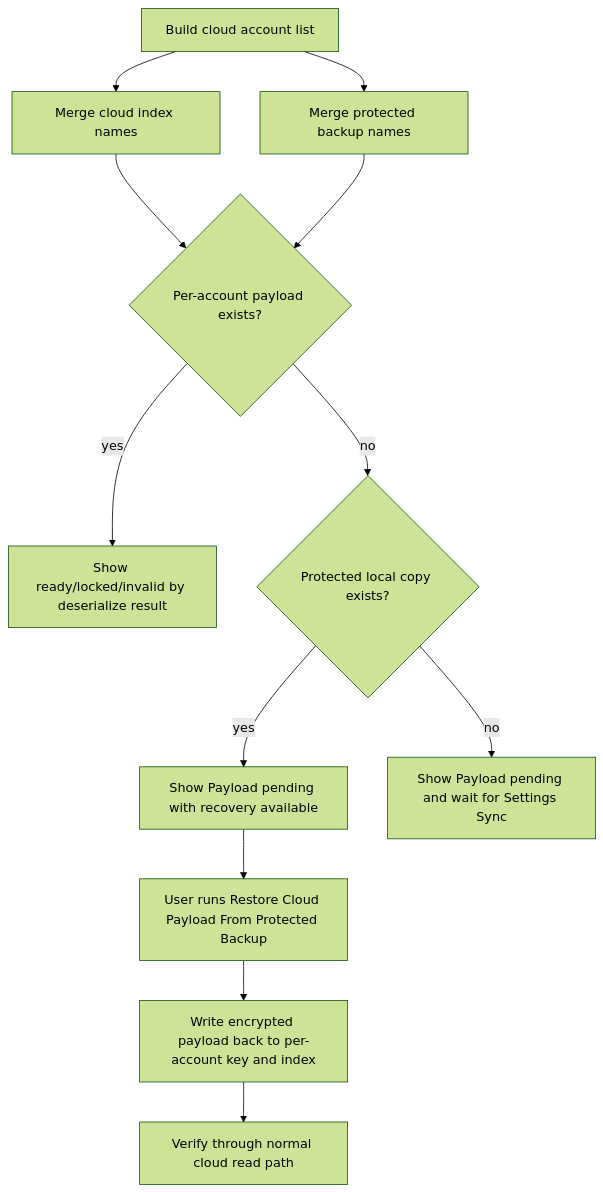
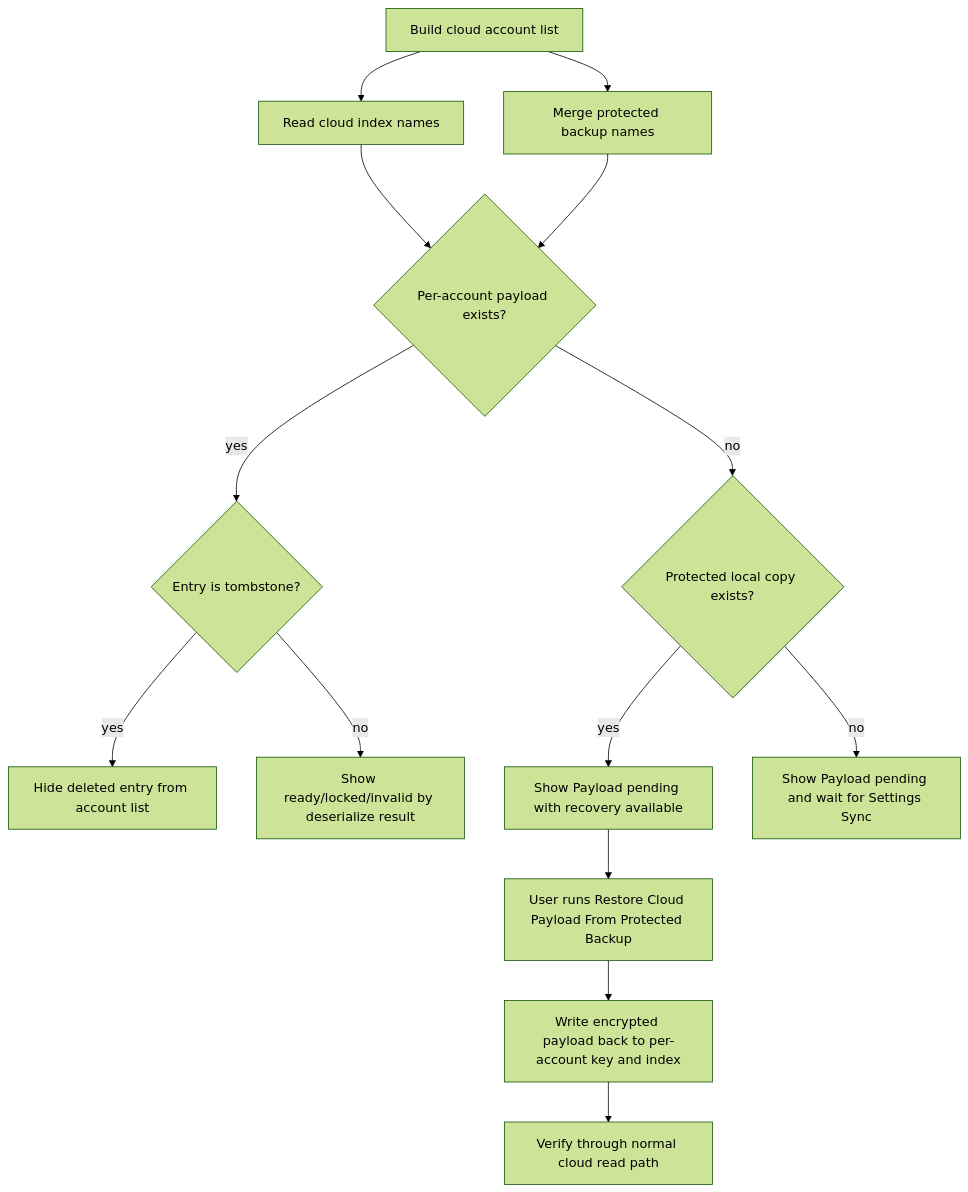
Before and after one commit to jqknono/codex-account-switch: the third of 3 diagrams in docs/architectures/synced-cloud-state.md, drawn with Mermaid (forest theme). The commit also changed other lines of this file and 7 other files, not shown here.

First line of the commit message:
feat(cloud): implement deletion tombstones and strengthen sync consistency

````diff
--- a/docs/architectures/synced-cloud-state.md
+++ b/docs/architectures/synced-cloud-state.md
@@ -39,14 +40,16 @@
 ```mermaid
 flowchart TD
-  A[Build cloud account list] --> B[Merge cloud index names]
+  A[Build cloud account list] --> B[Read cloud index names]
   A --> C[Merge protected backup names]
   B --> D{Per-account payload exists?}
   C --> D
-  D -->|yes| E[Show ready/locked/invalid by deserialize result]
-  D -->|no| F{Protected local copy exists?}
-  F -->|yes| G[Show Payload pending with recovery available]
-  F -->|no| H[Show Payload pending and wait for Settings Sync]
-  G --> I[User runs Restore Cloud Payload From Protected Backup]
-  I --> J[Write encrypted payload back to per-account key and index]
-  J --> K[Verify through normal cloud read path]
+  D -->|yes| E{Entry is tombstone?}
+  E -->|yes| F[Hide deleted entry from account list]
+  E -->|no| G[Show ready/locked/invalid by deserialize result]
+  D -->|no| H{Protected local copy exists?}
+  H -->|yes| I[Show Payload pending with recovery available]
+  H -->|no| J[Show Payload pending and wait for Settings Sync]
+  I --> K[User runs Restore Cloud Payload From Protected Backup]
+  K --> L[Write encrypted payload back to per-account key and index]
+  L --> M[Verify through normal cloud read path]
 ```
````
